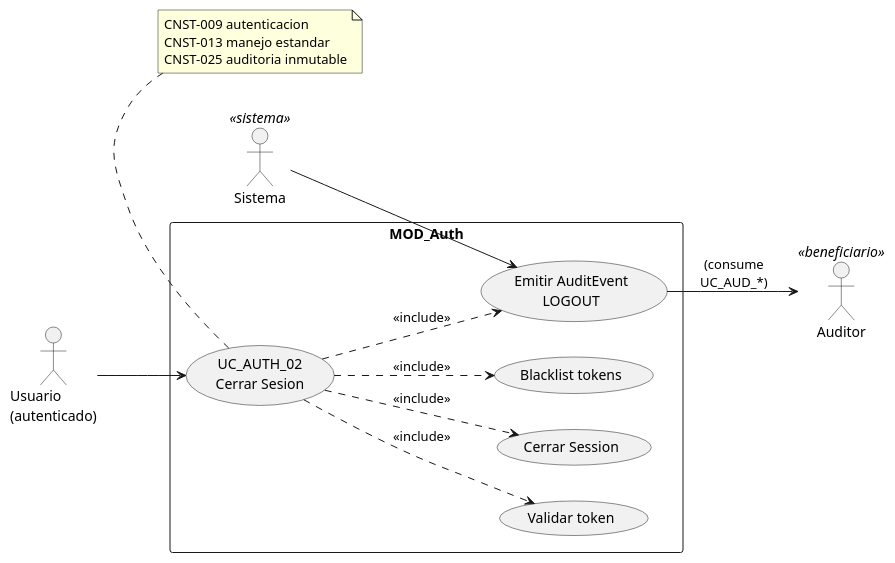
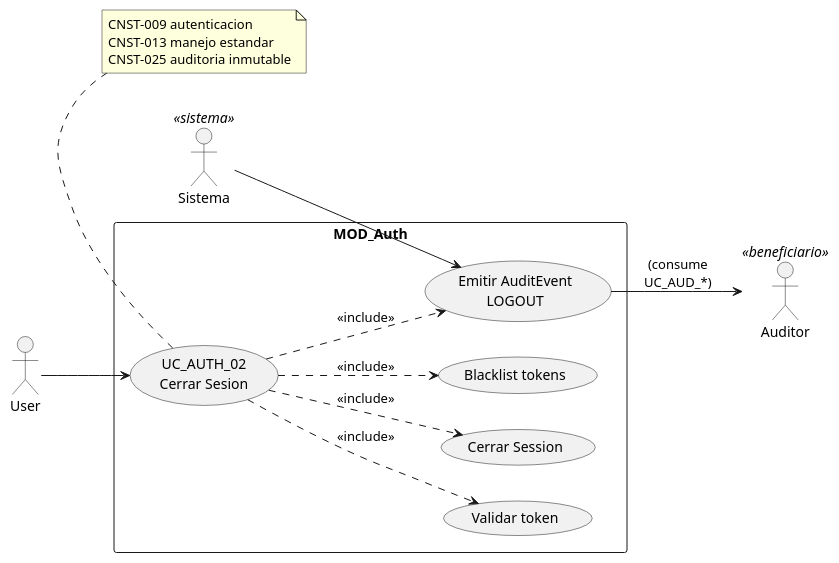
The first of 4 diagrams in source/requisitos/casos-uso/auth/uc-auth-02/diagramas-uml.rst (jcg-admin/IACT-docs), drawn with PlantUML before and after one commit. The commit also changed 77 other files, not shown here.

First line of the commit message:
Enforce RBAC function names as actors in all UML diagrams

```diff
--- a/source/requisitos/casos-uso/auth/uc-auth-02/diagramas-uml.rst
+++ b/source/requisitos/casos-uso/auth/uc-auth-02/diagramas-uml.rst
@@ -10,34 +10,34 @@
 .. uml::
  :caption: UC_AUTH_02 — vista de actores y casos asociados
 
  @startuml
 
  left to right direction
 
- actor "Usuario\n(autenticado)" as USER
+ actor "User" as USER
  actor "Auditor" as AUD <<beneficiario>>
  actor "Sistema" as SYS <<sistema>>
 
  rectangle "MOD_Auth" {
    usecase "UC_AUTH_02\nCerrar Sesion" as UC02
    usecase "Validar token" as VTK
    usecase "Cerrar Session" as CSE
    usecase "Blacklist tokens" as BLK
    usecase "Emitir AuditEvent\nLOGOUT" as EMI
  }
 
  USER --> UC02
  UC02 ..> VTK : <<include>>
  UC02 ..> CSE : <<include>>
  UC02 ..> BLK : <<include>>
  UC02 ..> EMI : <<include>>
  SYS --> EMI
  EMI --> AUD : (consume\nUC_AUD_*)
 
  note bottom of UC02
    CNST-009 autenticacion
    CNST-013 manejo estandar
    CNST-025 auditoria inmutable
  end note
 
  @enduml
```
